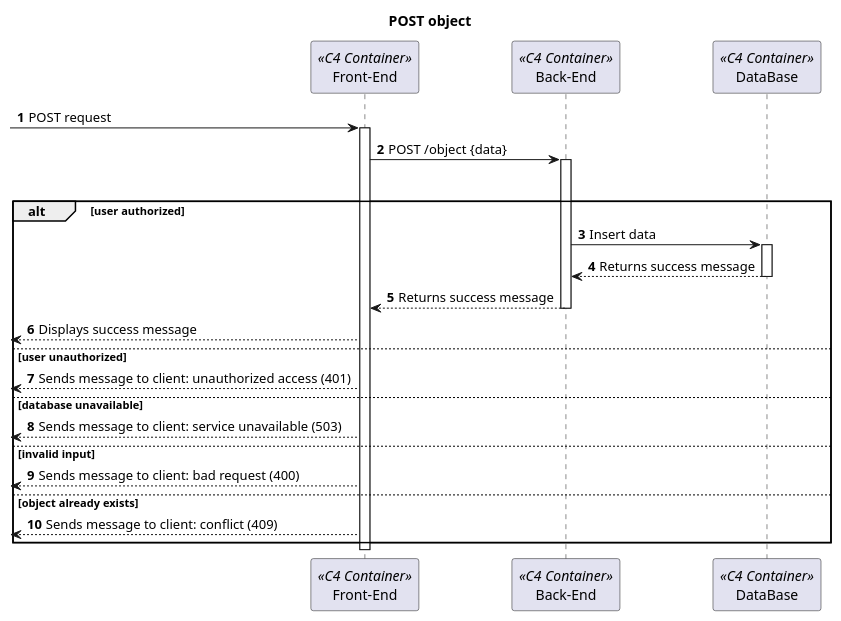
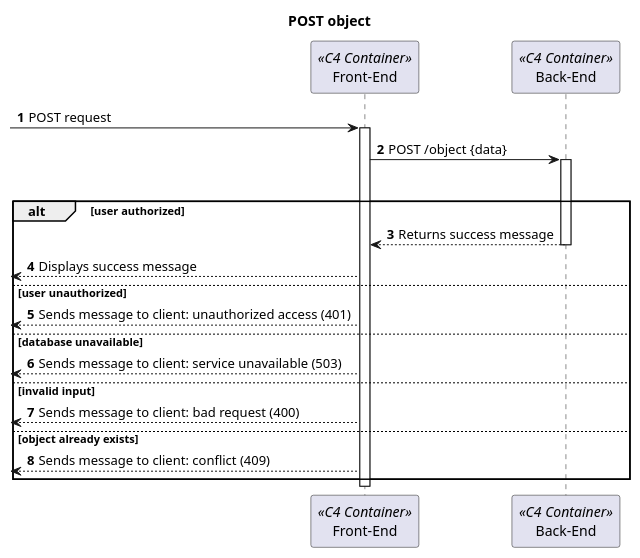
The diagram in docs/generic/lvl 2/genericPOST.puml (AlexandreRibeiro1220647/LAPR5_Backend), drawn with PlantUML before and after one commit. The commit also changed 3 other files, not shown here.

Commit message:
Updated level 2 generic diagrams

```diff
--- a/docs/generic/lvl 2/genericPOST.puml
+++ b/docs/generic/lvl 2/genericPOST.puml
@@ -1,45 +1,38 @@
 @startuml Process View - Level 2
 
 autonumber
 skinparam packageStyle rect
 
 title POST object
 
 participant "Front-End" as FE <<C4 Container>>
 participant "Back-End" as BE <<C4 Container>>
-participant "DataBase" as DB <<C4 Container>>
 
 -> FE: POST request
 activate FE
 FE -> BE: POST /object {data}
 activate BE
 alt user authorized
 
     alt user authorized
-
-        BE -> DB: Insert data
-        activate DB
-        DB --> BE: Returns success message
-        deactivate DB
-
         BE --> FE: Returns success message
         deactivate BE
         <-- FE: Displays success message
     
 else user unauthorized
 
 <-- FE: Sends message to client: unauthorized access (401)
 else database unavailable
 <-- FE: Sends message to client: service unavailable (503)
 else invalid input
 
 <-- FE: Sends message to client: bad request (400)
 
 else object already exists
 
 <-- FE: Sends message to client: conflict (409)
 
 end alt
 deactivate FE
 
 @enduml
```
